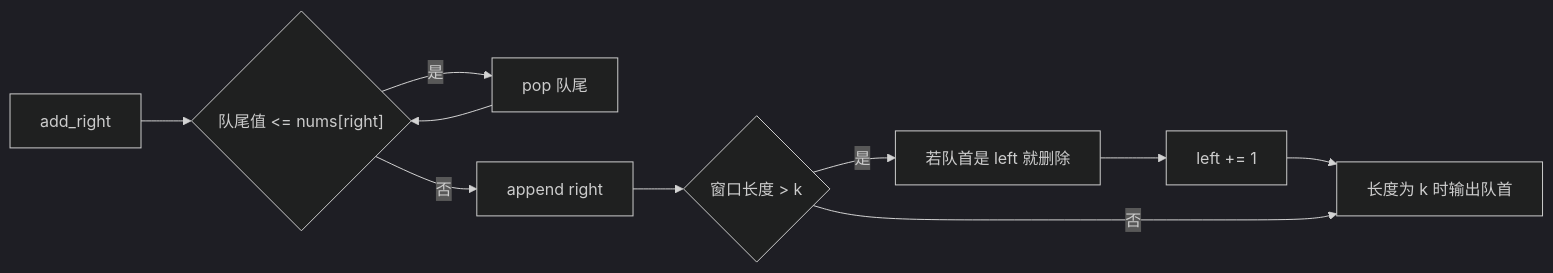
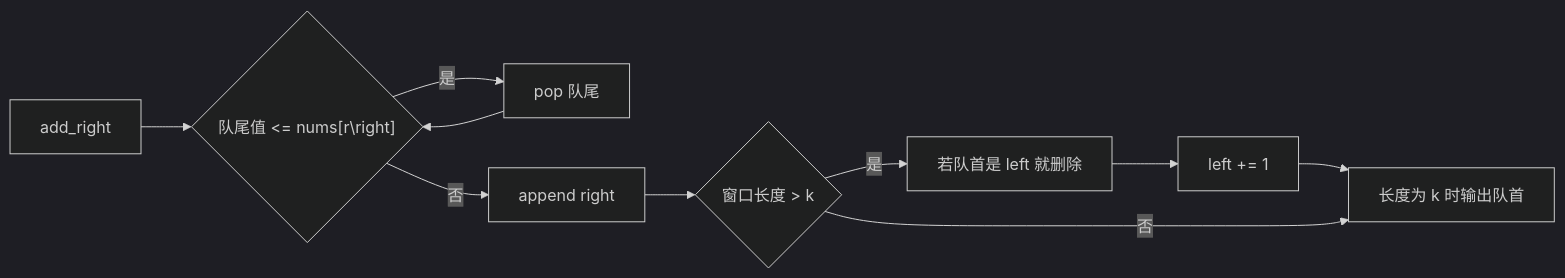
The third of 3 diagrams in notes/Leetcode/CoreSkills18 Sliding Window.md (CurryTang/mlphdinterview), drawn with Mermaid (dark theme) before and after one commit. The commit also changed other lines of this file and 114 other files, not shown here.

````diff
--- a/notes/Leetcode/CoreSkills18 Sliding Window.md
+++ b/notes/Leetcode/CoreSkills18 Sliding Window.md
@@ -482,12 +482,12 @@
 ```mermaid
 flowchart LR
-  A["add_right"] --> B{"队尾值 <= nums[right]"}
+  A["add_right"] --> B{"队尾值 <= nums[r\right]"}
   B -->|是| C["pop 队尾"]
   C --> B
   B -->|否| D["append right"]
   D --> E{"窗口长度 > k"}
   E -->|是| F["若队首是 left 就删除"]
   F --> G["left += 1"]
   G --> H
   E -->|否| H["长度为 k 时输出队首"]
 ```
````
